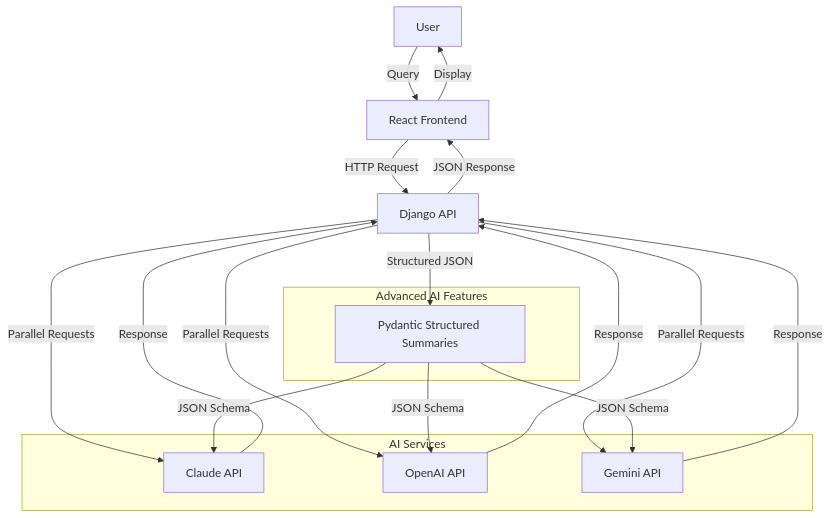
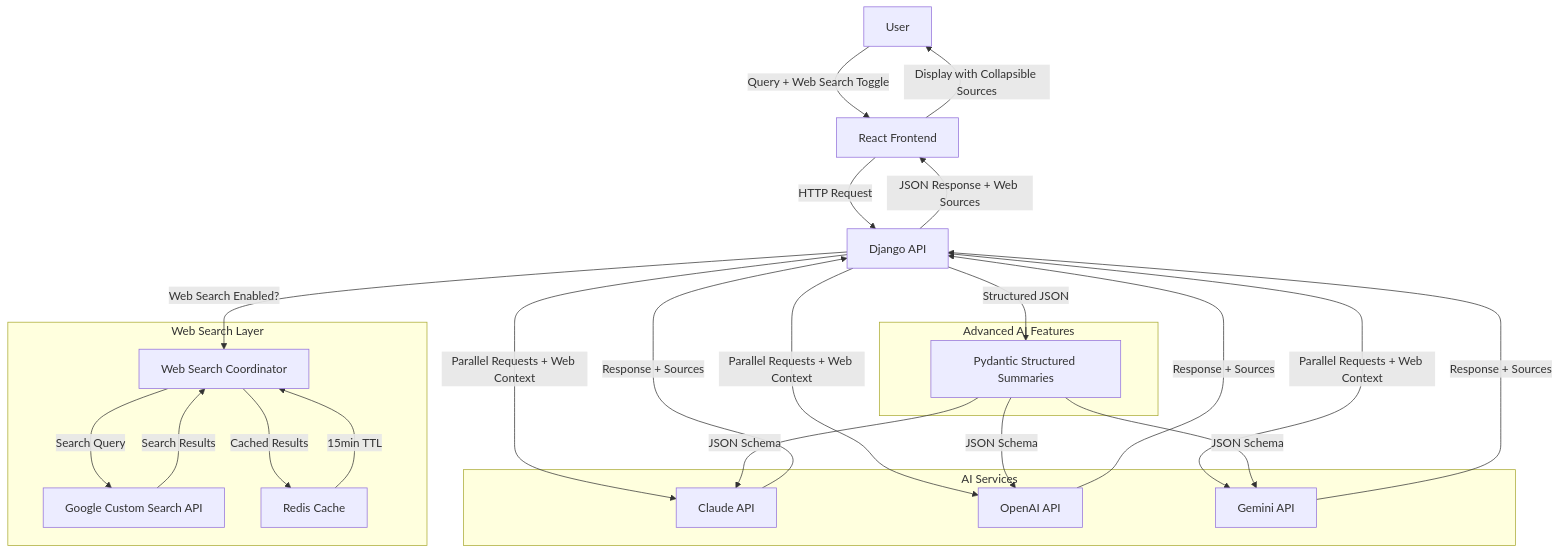
One commit to bshahbaz86/ai-consensus changed the diagram in README.md. Above: the diagram before and after it, drawn with Mermaid. The commit also changed other lines of this file and 11 other files, not shown here.

First line of the commit message:
Add comprehensive web search functionality and update documentation

````diff
--- a/README.md
+++ b/README.md
@@ -78,31 +87,43 @@
 ```mermaid
 graph TB
-    U[User] -->|Query| F[React Frontend]
+    U[User] -->|Query + Web Search Toggle| F[React Frontend]
     F -->|HTTP Request| D[Django API]
-    
-    D -->|Parallel Requests| C[Claude API]
-    D -->|Parallel Requests| O[OpenAI API]
-    D -->|Parallel Requests| G[Gemini API]
-    
+
+    D -->|Web Search Enabled?| WSC[Web Search Coordinator]
+    WSC -->|Search Query| GSA[Google Custom Search API]
+    GSA -->|Search Results| WSC
+    WSC -->|Cached Results| RC[Redis Cache]
+    RC -->|15min TTL| WSC
+
+    D -->|Parallel Requests + Web Context| C[Claude API]
+    D -->|Parallel Requests + Web Context| O[OpenAI API]
+    D -->|Parallel Requests + Web Context| G[Gemini API]
+
     D -->|Structured JSON| PS[Pydantic Structured Summaries]
     PS -->|JSON Schema| C
     PS -->|JSON Schema| O
     PS -->|JSON Schema| G
-    
-    C -->|Response| D
-    O -->|Response| D  
-    G -->|Response| D
-    
-    D -->|JSON Response| F
-    F -->|Display| U
-    
+
+    C -->|Response + Sources| D
+    O -->|Response + Sources| D
+    G -->|Response + Sources| D
+
+    D -->|JSON Response + Web Sources| F
+    F -->|Display with Collapsible Sources| U
+
     subgraph "AI Services"
         C
         O
         G
     end
-    
+
+    subgraph "Web Search Layer"
+        WSC
+        GSA
+        RC
+    end
+
     subgraph "Advanced AI Features"
         PS
     end
 ```
````
